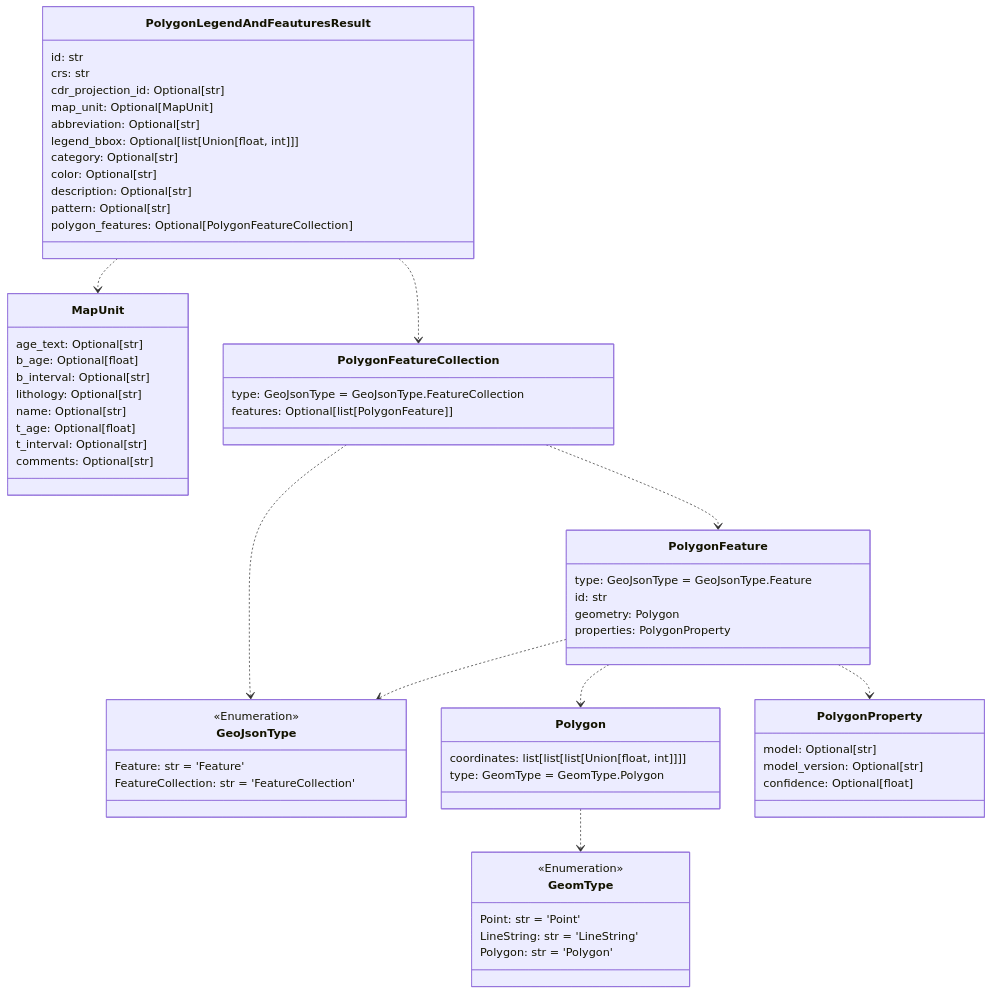
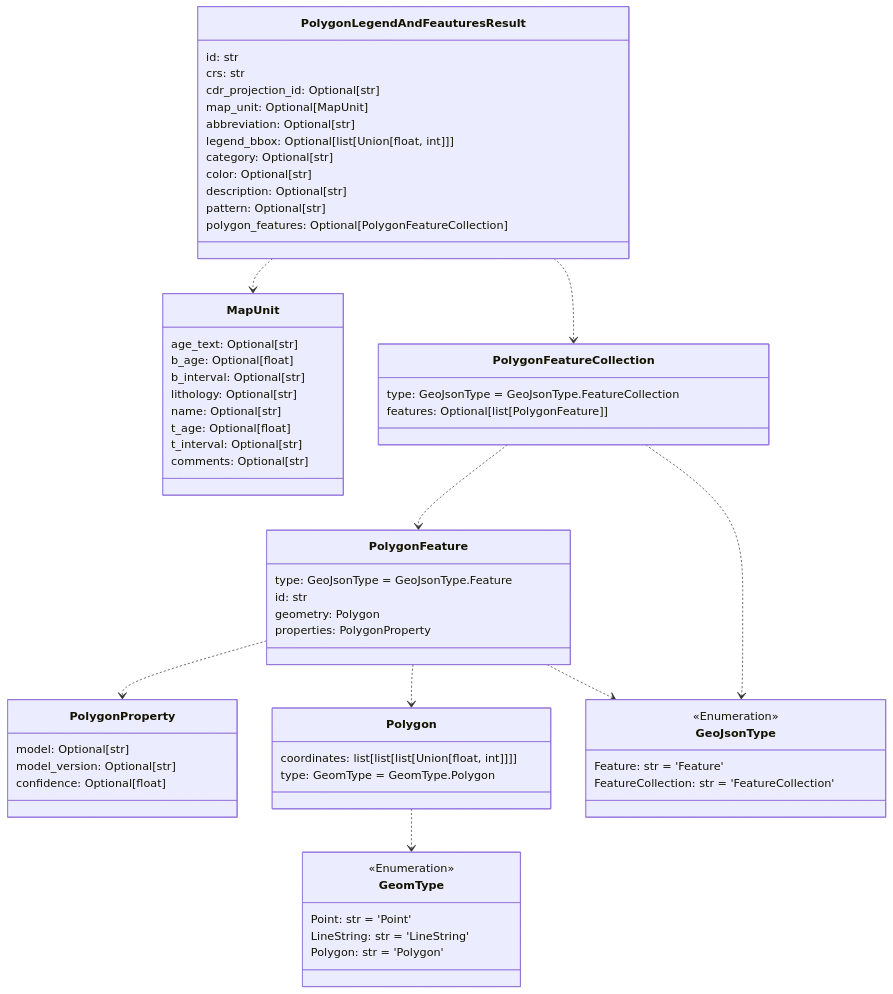
The sixth of 6 diagrams in README.md (DARPA-CRITICALMAAS/cdr_schemas), drawn with Mermaid before and after one commit. The commit also changed other lines of this file, not shown here.

````diff
--- a/README.md
+++ b/README.md
@@ -415,75 +414,75 @@
 ```mermaid
 classDiagram
 
-    class MapUnit {
-        age_text: Optional[str]
-        b_age: Optional[float]
-        b_interval: Optional[str]
-        lithology: Optional[str]
-        name: Optional[str]
-        t_age: Optional[float]
-        t_interval: Optional[str]
-        comments: Optional[str]
-    }
-
-    class GeomType {
-        <<Enumeration>>
-        Point: str = 'Point'
-        LineString: str = 'LineString'
-        Polygon: str = 'Polygon'
-    }
-
-    class GeoJsonType {
-        <<Enumeration>>
-        Feature: str = 'Feature'
-        FeatureCollection: str = 'FeatureCollection'
-    }
-
-    class Polygon {
-        coordinates: list[list[list[Union[float, int]]]]
-        type: GeomType = GeomType.Polygon
+    class PolygonFeatureCollection {
+        type: GeoJsonType = GeoJsonType.FeatureCollection
+        features: Optional[list[PolygonFeature]]
     }
 
     class PolygonProperty {
         model: Optional[str]
         model_version: Optional[str]
         confidence: Optional[float]
     }
 
     class PolygonFeature {
         type: GeoJsonType = GeoJsonType.Feature
         id: str
         geometry: Polygon
         properties: PolygonProperty
+    }
+
+    class GeoJsonType {
+        <<Enumeration>>
+        Feature: str = 'Feature'
+        FeatureCollection: str = 'FeatureCollection'
+    }
+
+    class GeomType {
+        <<Enumeration>>
+        Point: str = 'Point'
+        LineString: str = 'LineString'
+        Polygon: str = 'Polygon'
+    }
+
+    class MapUnit {
+        age_text: Optional[str]
+        b_age: Optional[float]
+        b_interval: Optional[str]
+        lithology: Optional[str]
+        name: Optional[str]
+        t_age: Optional[float]
+        t_interval: Optional[str]
+        comments: Optional[str]
     }
 
     class PolygonLegendAndFeauturesResult {
         id: str
         crs: str
         cdr_projection_id: Optional[str]
         map_unit: Optional[MapUnit]
         abbreviation: Optional[str]
         legend_bbox: Optional[list[Union[float, int]]]
         category: Optional[str]
         color: Optional[str]
         description: Optional[str]
         pattern: Optional[str]
         polygon_features: Optional[PolygonFeatureCollection]
     }
 
-    class PolygonFeatureCollection {
-        type: GeoJsonType = GeoJsonType.FeatureCollection
-        features: Optional[list[PolygonFeature]]
+    class Polygon {
+        coordinates: list[list[list[Union[float, int]]]]
+        type: GeomType = GeomType.Polygon
     }
 
     Polygon ..> GeomType
     PolygonFeature ..> PolygonProperty
+    PolygonFeature ..> Polygon
     PolygonFeature ..> GeoJsonType
-    PolygonFeature ..> Polygon
     PolygonFeatureCollection ..> PolygonFeature
     PolygonFeatureCollection ..> GeoJsonType
     PolygonLegendAndFeauturesResult ..> MapUnit
     PolygonLegendAndFeauturesResult ..> PolygonFeatureCollection
 
 
 ```
````
